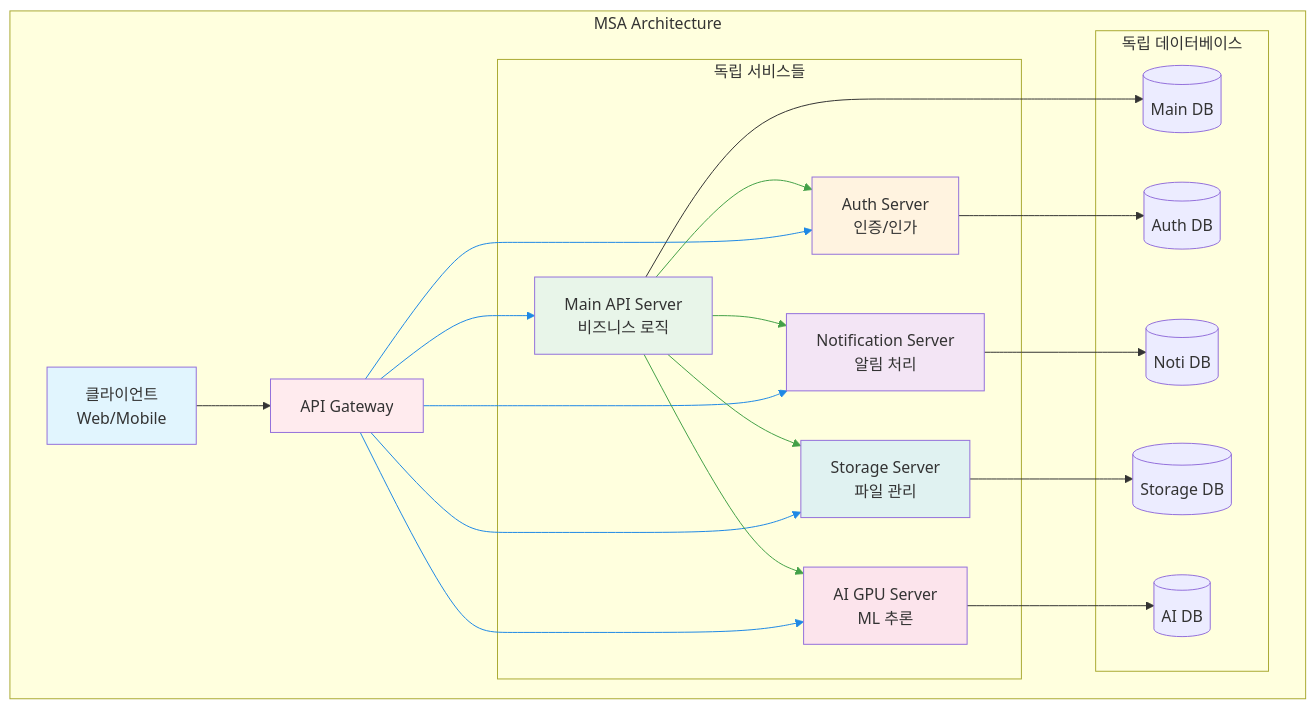
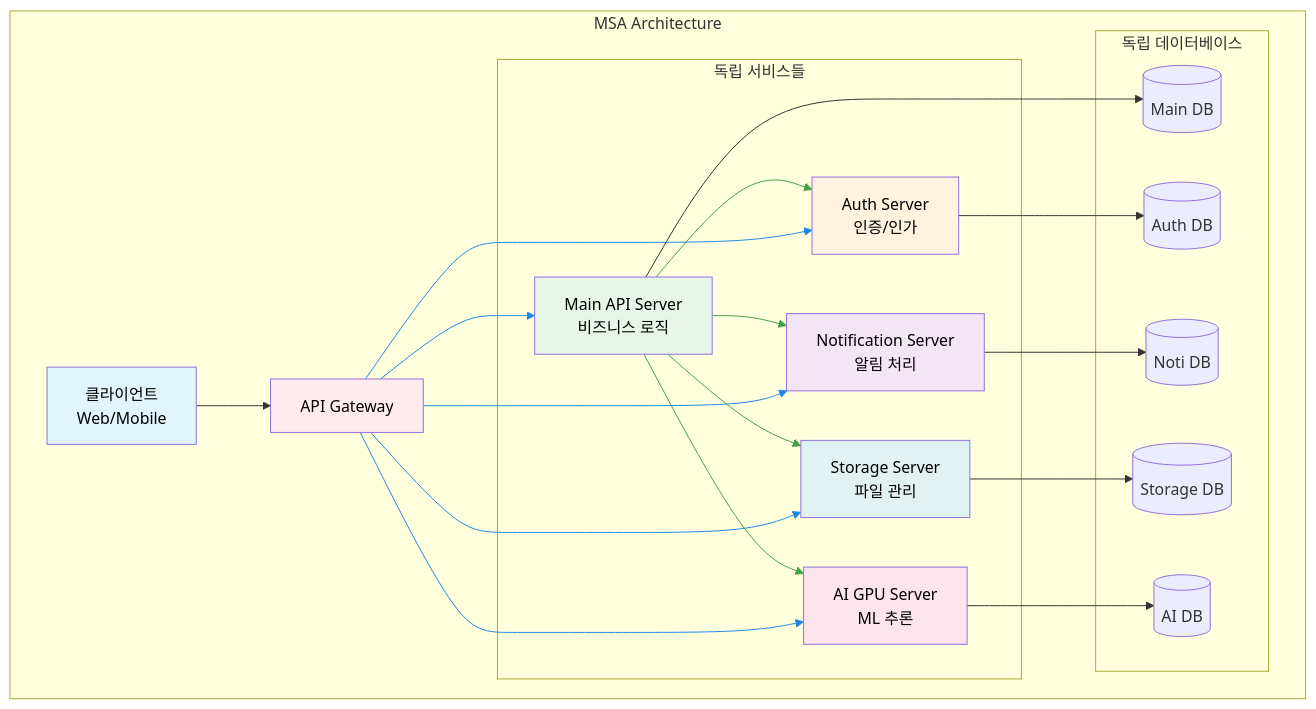
The second of 3 diagrams in study/msa-experience/1-intro.md (isinthesky/isinthesky), drawn with Mermaid before and after one commit. The commit also changed other lines of this file and 4 other files, not shown here.

````diff
--- a/study/msa-experience/1-intro.md
+++ b/study/msa-experience/1-intro.md
@@ -84,65 +76,65 @@
 ```mermaid
 graph TB
     subgraph "MSA Architecture"
         Client2[클라이언트<br/>Web/Mobile]
         Gateway[API Gateway]
         
         subgraph "독립 서비스들"
             MainAPI[Main API Server<br/>비즈니스 로직]
             AuthService[Auth Server<br/>인증/인가]
             NotiService[Notification Server<br/>알림 처리]
             StorageService[Storage Server<br/>파일 관리]
             AIService[AI GPU Server<br/>ML 추론]
         end
         
         subgraph "독립 데이터베이스"
             DB1[(Main DB)]
             DB2[(Auth DB)]
             DB3[(Noti DB)]
             DB4[(Storage DB)]
             DB5[(AI DB)]
         end
         
         Client2 --> Gateway
         Gateway --> MainAPI
         Gateway --> AuthService
         Gateway --> NotiService
         Gateway --> StorageService
         Gateway --> AIService
         
         MainAPI --> DB1
         AuthService --> DB2
         NotiService --> DB3
         StorageService --> DB4
         AIService --> DB5
         
         %% 서비스간 직접 HTTP 통신
         MainAPI --> AuthService
         MainAPI --> NotiService
         MainAPI --> AIService
         MainAPI --> StorageService
     end
     
-    style Client2 fill:#e1f5fe
-    style Gateway fill:#ffebee
-    style MainAPI fill:#e8f5e9
-    style AuthService fill:#fff3e0
-    style NotiService fill:#f3e5f5
-    style StorageService fill:#e0f2f1
-    style AIService fill:#fce4ec
+    style Client2 fill:#e1f5fe,color:#000
+    style Gateway fill:#ffebee,color:#000
+    style MainAPI fill:#e8f5e9,color:#000
+    style AuthService fill:#fff3e0,color:#000
+    style NotiService fill:#f3e5f5,color:#000
+    style StorageService fill:#e0f2f1,color:#000
+    style AIService fill:#fce4ec,color:#000
 
     %% 링크 스타일 (선언 순서 인덱스)
     %% 0: Client2->Gateway
     %% 1-5: Gateway->(MainAPI, AuthService, NotiService, StorageService, AIService)
     linkStyle 1 stroke:#1e88e5
     linkStyle 2 stroke:#1e88e5
     linkStyle 3 stroke:#1e88e5
     linkStyle 4 stroke:#1e88e5
     linkStyle 5 stroke:#1e88e5
 
     %% 11-14: MainAPI->(AuthService, NotiService, AIService, StorageService)
     linkStyle 11 stroke:#43a047
     linkStyle 12 stroke:#43a047
     linkStyle 13 stroke:#43a047
     linkStyle 14 stroke:#43a047
 ```
````
